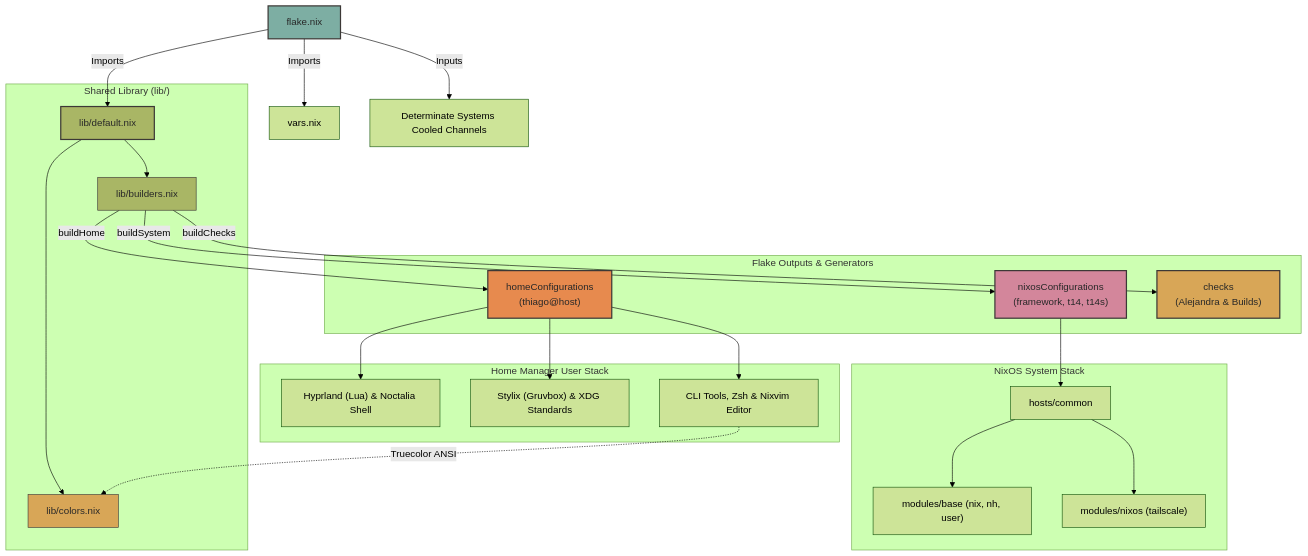
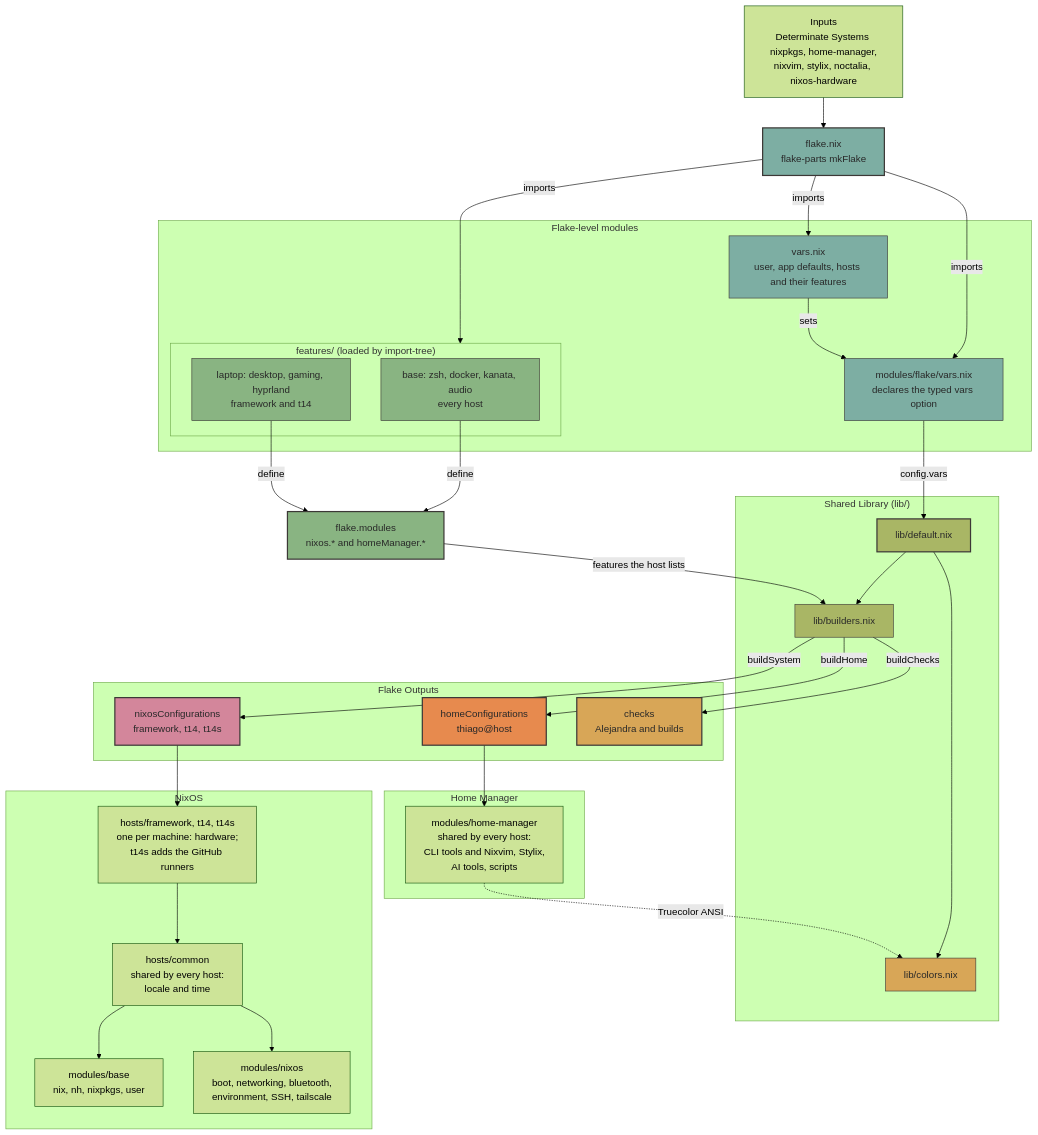
One commit to thiagokimo/nix-config changed the diagram in README.md. Above: the diagram before and after it, drawn with Mermaid (forest theme). The commit also changed other lines of this file, not shown here.

Commit message:
Updates the README architecture diagram for the dendritic layout
The diagram now shows how the flake is put together:

- flake.nix builds the outputs with flake-parts and imports the typed vars
  option (modules/flake/vars.nix), its values (vars.nix) and every file in
  features/ through import-tree.
- Features define flake.modules, grouped as base (every host) and laptop
  (framework and t14).
- The builders take config.vars and the features each host lists, and
  produce the NixOS and Home Manager configurations and the checks.
- hosts/ and modules/ hold what every host shares, plus each machine's own
  hardware and t14s's GitHub runners.

The text above the diagram and the buildSystem and buildHome descriptions
now mention the features.

````diff
--- a/README.md
+++ b/README.md
@@ -70,38 +70,66 @@
 ```mermaid
 graph TD
-    Flake["flake.nix"] -->|Imports| Vars["vars.nix"]
-    Flake -->|Imports| Lib["lib/default.nix"]
-    Flake -->|Inputs| DetSys["Determinate Systems Cooled Channels"]
+    Inputs["Inputs<br/>Determinate Systems nixpkgs, home-manager,<br/>nixvim, stylix, noctalia, nixos-hardware"] --> Flake
+    Flake["flake.nix<br/>flake-parts mkFlake"]
+
+    subgraph FlakeLevel ["Flake-level modules"]
+        VarsOpt["modules/flake/vars.nix<br/>declares the typed vars option"]
+        Vars["vars.nix<br/>user, app defaults, hosts and their features"]
+        subgraph Features ["features/ (loaded by import-tree)"]
+            BaseF["base: zsh, docker, kanata, audio<br/>every host"]
+            LaptopF["laptop: desktop, gaming, hyprland<br/>framework and t14"]
+        end
+    end
+
+    Flake -->|imports| VarsOpt
+    Flake -->|imports| Vars
+    Flake -->|imports| Features
+    Vars -->|sets| VarsOpt
+    BaseF -->|define| FlakeModules
+    LaptopF -->|define| FlakeModules
+    FlakeModules["flake.modules<br/>nixos.* and homeManager.*"]
 
     subgraph CustomLib ["Shared Library (lib/)"]
-        Lib --> Builders["lib/builders.nix"]
+        Lib["lib/default.nix"] --> Builders["lib/builders.nix"]
         Lib --> Colors["lib/colors.nix"]
     end
 
-    subgraph Generators ["Flake Outputs & Generators"]
-        Builders -->|buildSystem| NixOS["nixosConfigurations<br/>(framework, t14, t14s)"]
-        Builders -->|buildHome| HomeM["homeConfigurations<br/>(thiago@host)"]
-        Builders -->|buildChecks| Checks["checks<br/>(Alejandra & Builds)"]
+    VarsOpt -->|config.vars| Lib
+    FlakeModules -->|features the host lists| Builders
+
+    subgraph Outputs ["Flake Outputs"]
+        NixOS["nixosConfigurations<br/>framework, t14, t14s"]
+        HomeM["homeConfigurations<br/>thiago@host"]
+        Checks["checks<br/>Alejandra and builds"]
     end
 
-    subgraph NixOSStack ["NixOS System Stack"]
-        NixOS --> Common["hosts/common"]
-        Common --> Base["modules/base (nix, nh, user)"]
-        Common --> Services["modules/nixos (tailscale)"]
+    Builders -->|buildSystem| NixOS
+    Builders -->|buildHome| HomeM
+    Builders -->|buildChecks| Checks
+
+    subgraph NixOSStack ["NixOS"]
+        NixOS --> HostDir["hosts/framework, t14, t14s<br/>one per machine: hardware;<br/>t14s adds the GitHub runners"]
+        HostDir --> Common["hosts/common<br/>shared by every host:<br/>locale and time"]
+        Common --> Base["modules/base<br/>nix, nh, nixpkgs, user"]
+        Common --> SysMods["modules/nixos<br/>boot, networking, bluetooth,<br/>environment, SSH, tailscale"]
     end
 
-    subgraph HMStack ["Home Manager User Stack"]
-        HomeM --> Desktop["Hyprland (Lua) & Noctalia Shell"]
-        HomeM --> Theming["Stylix (Gruvbox) & XDG Standards"]
-        HomeM --> CLI["CLI Tools, Zsh & Nixvim Editor"]
-        CLI -.->|Truecolor ANSI| Colors
+    subgraph HMStack ["Home Manager"]
+        HomeM --> HMMods["modules/home-manager<br/>shared by every host:<br/>CLI tools and Nixvim, Stylix,<br/>AI tools, scripts"]
     end
 
+    HMMods -.->|Truecolor ANSI| Colors
+
     style Flake fill:#7daea3,stroke:#3c3836,stroke-width:2px,color:#282828
+    style VarsOpt fill:#7daea3,stroke:#3c3836,stroke-width:1px,color:#282828
+    style Vars fill:#7daea3,stroke:#3c3836,stroke-width:1px,color:#282828
+    style BaseF fill:#89b482,stroke:#3c3836,stroke-width:1px,color:#282828
+    style LaptopF fill:#89b482,stroke:#3c3836,stroke-width:1px,color:#282828
+    style FlakeModules fill:#89b482,stroke:#3c3836,stroke-width:2px,color:#282828
     style Lib fill:#a9b665,stroke:#3c3836,stroke-width:2px,color:#282828
     style Builders fill:#a9b665,stroke:#3c3836,stroke-width:1px,color:#282828
     style Colors fill:#d8a657,stroke:#3c3836,stroke-width:1px,color:#282828
     style NixOS fill:#d3869b,stroke:#3c3836,stroke-width:2px,color:#282828
     style HomeM fill:#e78a4e,stroke:#3c3836,stroke-width:2px,color:#282828
     style Checks fill:#d8a657,stroke:#3c3836,stroke-width:2px,color:#282828
 ```
````
